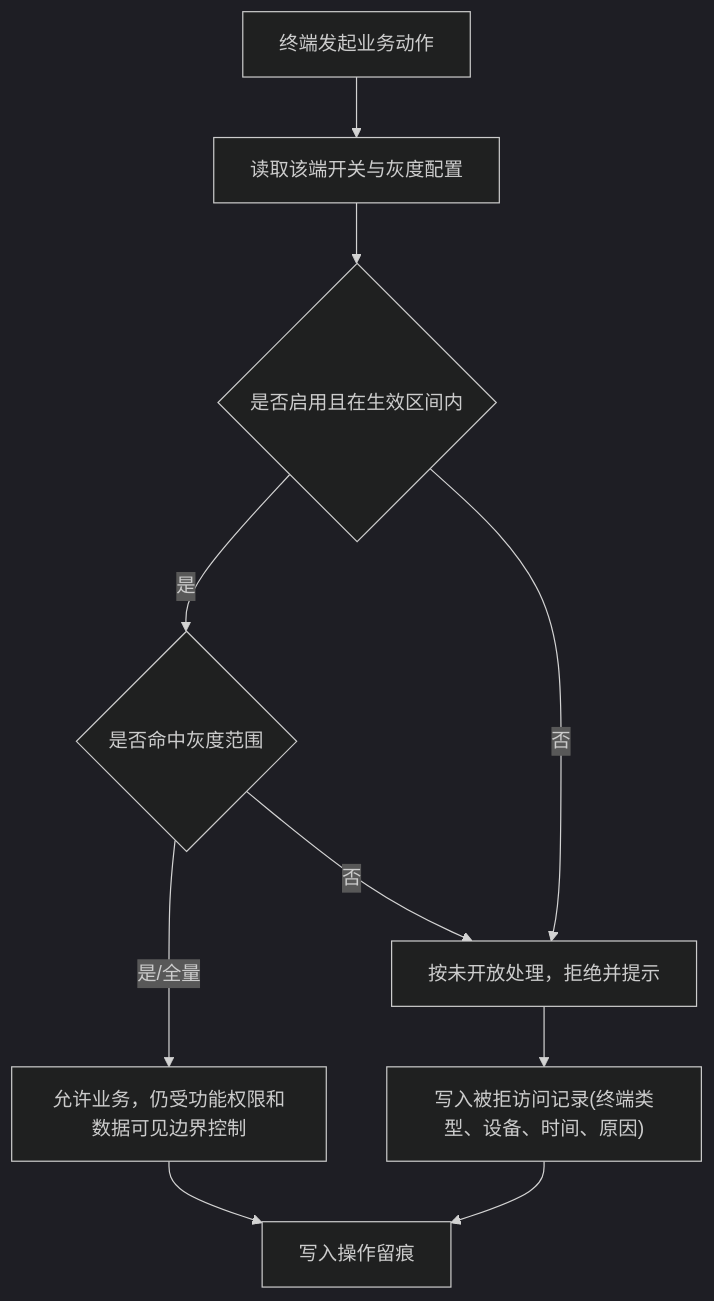
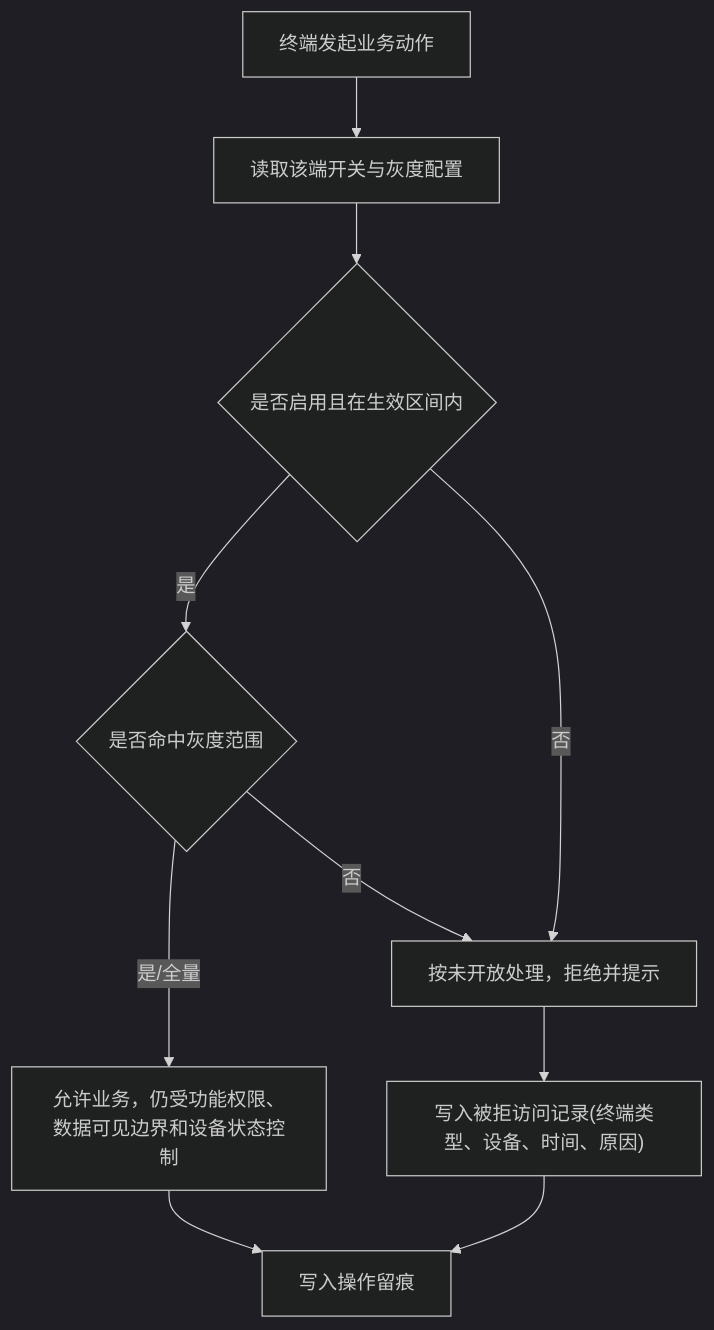
Diagram 19 of 19 in docs/platform-governance-product-spec-v0.2.md (jxh1979/mall), drawn with Mermaid (dark theme) before and after one commit. The commit also changed other lines of this file and 7 other files, not shown here.

````diff
--- a/docs/platform-governance-product-spec-v0.2.md
+++ b/docs/platform-governance-product-spec-v0.2.md
@@ -2217,12 +2200,12 @@
 ```mermaid
 flowchart TD
     A["终端发起业务动作"] --> B["读取该端开关与灰度配置"]
     B --> C{"是否启用且在生效区间内"}
     C -- "是" --> D{"是否命中灰度范围"}
-    D -- "是/全量" --> E["允许业务，仍受功能权限和数据可见边界控制"]
+    D -- "是/全量" --> E["允许业务，仍受功能权限、数据可见边界和设备状态控制"]
     D -- "否" --> F["按未开放处理，拒绝并提示"]
     C -- "否" --> F
     F --> G["写入被拒访问记录(终端类型、设备、时间、原因)"]
     E --> H["写入操作留痕"]
     G --> H
 ```
````
